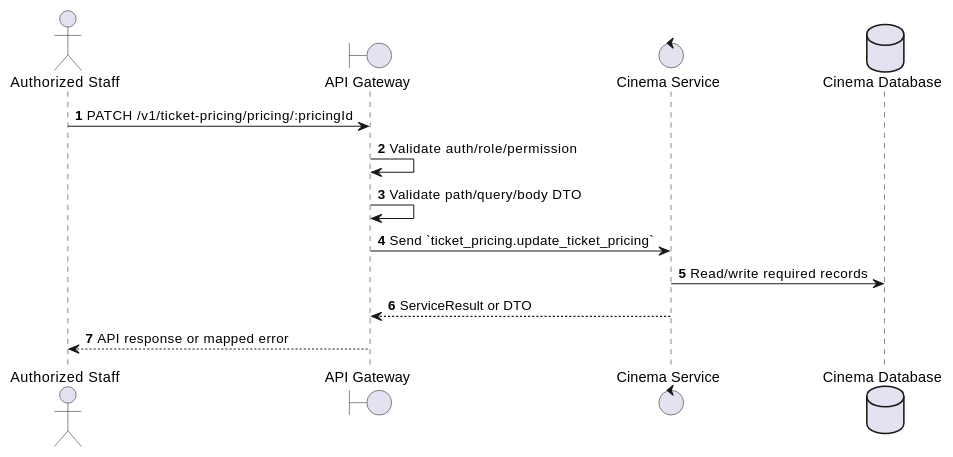
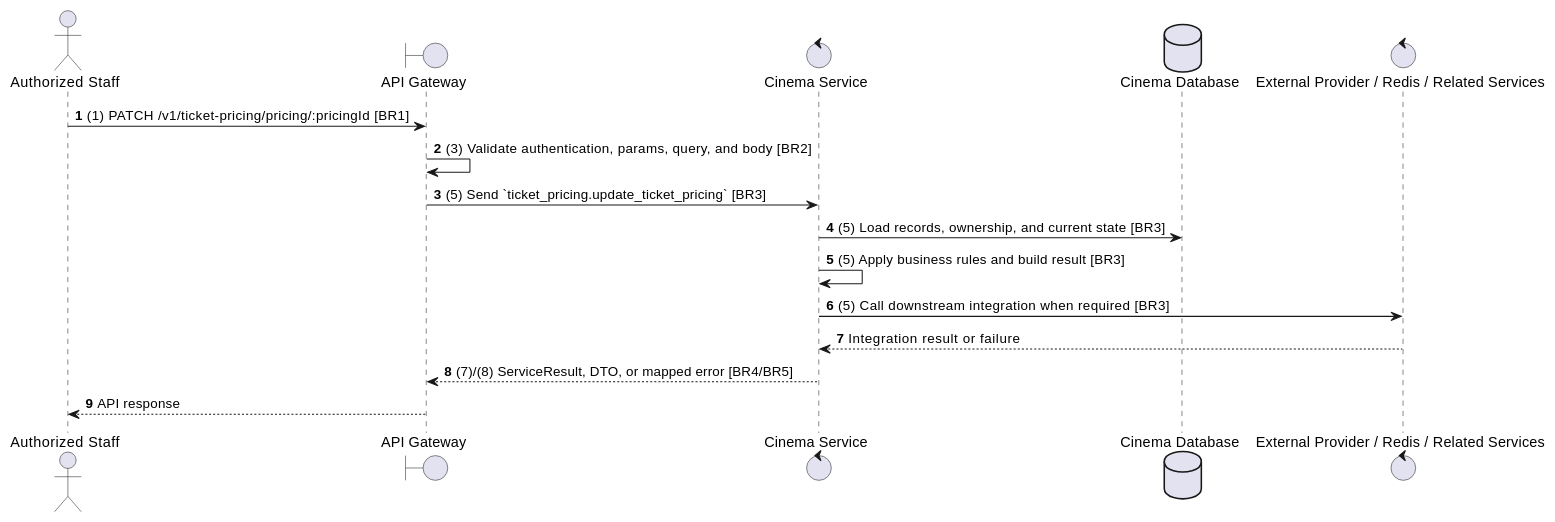
The second of 2 diagrams in docs/functional_specs/3.2.3_Ticket_Pricing_Management/TP-02_Update_Ticket_Pricing.md (Tanh1603/movie-hub-architecture), drawn with PlantUML before and after one commit. The commit also changed other lines of this file and 129 other files, not shown here.

````diff
--- a/docs/functional_specs/3.2.3_Ticket_Pricing_Management/TP-02_Update_Ticket_Pricing.md
+++ b/docs/functional_specs/3.2.3_Ticket_Pricing_Management/TP-02_Update_Ticket_Pricing.md
@@ -17,17 +64,20 @@
 ```plantuml
 @startuml
 autonumber
 actor "Authorized Staff" as Actor
 boundary "API Gateway" as GW
 control "Cinema Service" as SVC
 database "Cinema Database" as DB
+control "External Provider / Redis / Related Services" as EXT
 
-Actor -> GW: PATCH /v1/ticket-pricing/pricing/:pricingId
-GW -> GW: Validate auth/role/permission
-GW -> GW: Validate path/query/body DTO
-GW -> SVC: Send `ticket_pricing.update_ticket_pricing`
-SVC -> DB: Read/write required records
-SVC --> GW: ServiceResult or DTO
-GW --> Actor: API response or mapped error
+Actor -> GW: (1) PATCH /v1/ticket-pricing/pricing/:pricingId [BR1]
+GW -> GW: (3) Validate authentication, params, query, and body [BR2]
+GW -> SVC: (5) Send `ticket_pricing.update_ticket_pricing` [BR3]
+SVC -> DB: (5) Load records, ownership, and current state [BR3]
+SVC -> SVC: (5) Apply business rules and build result [BR3]
+SVC -> EXT: (5) Call downstream integration when required [BR3]
+EXT --> SVC: Integration result or failure
+SVC --> GW: (7)/(8) ServiceResult, DTO, or mapped error [BR4/BR5]
+GW --> Actor: API response
 @enduml
 ```
````
